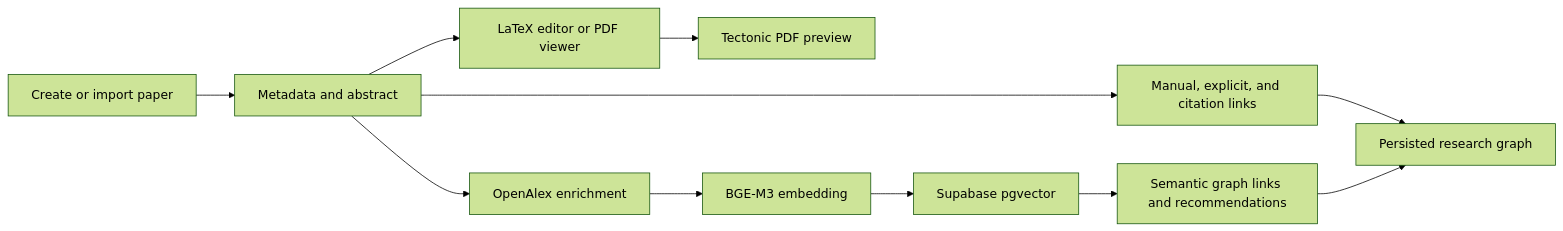
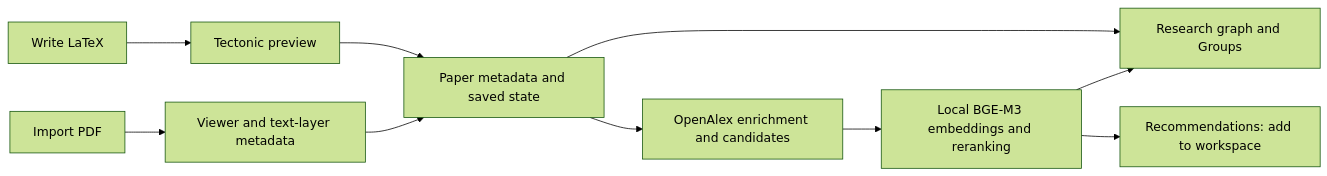
The first of 2 diagrams in README.md (Hug00x/PaperGraph), drawn with Mermaid (forest theme) before and after one commit. The commit also changed other lines of this file and 2 other files, not shown here.

````diff
--- a/README.md
+++ b/README.md
@@ -68,13 +63,12 @@
 ```mermaid
 flowchart LR
-	A[Create or import paper] --> B[Metadata and abstract]
-	B --> C[LaTeX editor or PDF viewer]
-	C --> D[Tectonic PDF preview]
-	B --> E[OpenAlex enrichment]
-	E --> F[BGE-M3 embedding]
-	F --> G[Supabase pgvector]
-	G --> H[Semantic graph links and recommendations]
-	B --> I[Manual, explicit, and citation links]
-	I --> J[Persisted research graph]
-	H --> J
+  Write[Write LaTeX] --> Preview[Tectonic preview]
+  Import[Import PDF] --> PDF[Viewer and text-layer metadata]
+  Preview --> Paper[Paper metadata and saved state]
+  PDF --> Paper
+  Paper --> Graph[Research graph and Groups]
+  Paper --> OA[OpenAlex enrichment and candidates]
+  OA --> AI[Local BGE-M3 embeddings and reranking]
+  AI --> Graph
+  AI --> Recommendations[Recommendations: add to workspace]
 ```
````
